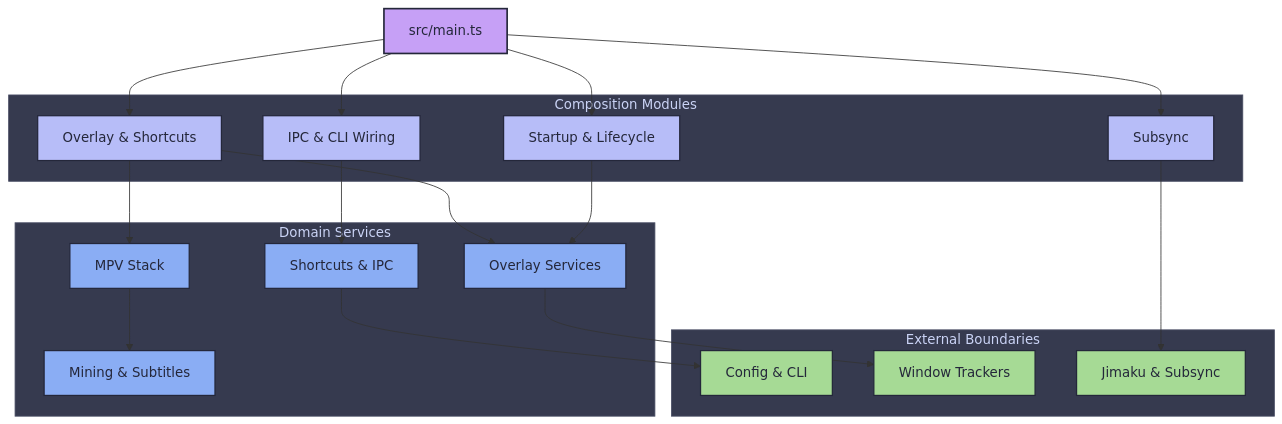
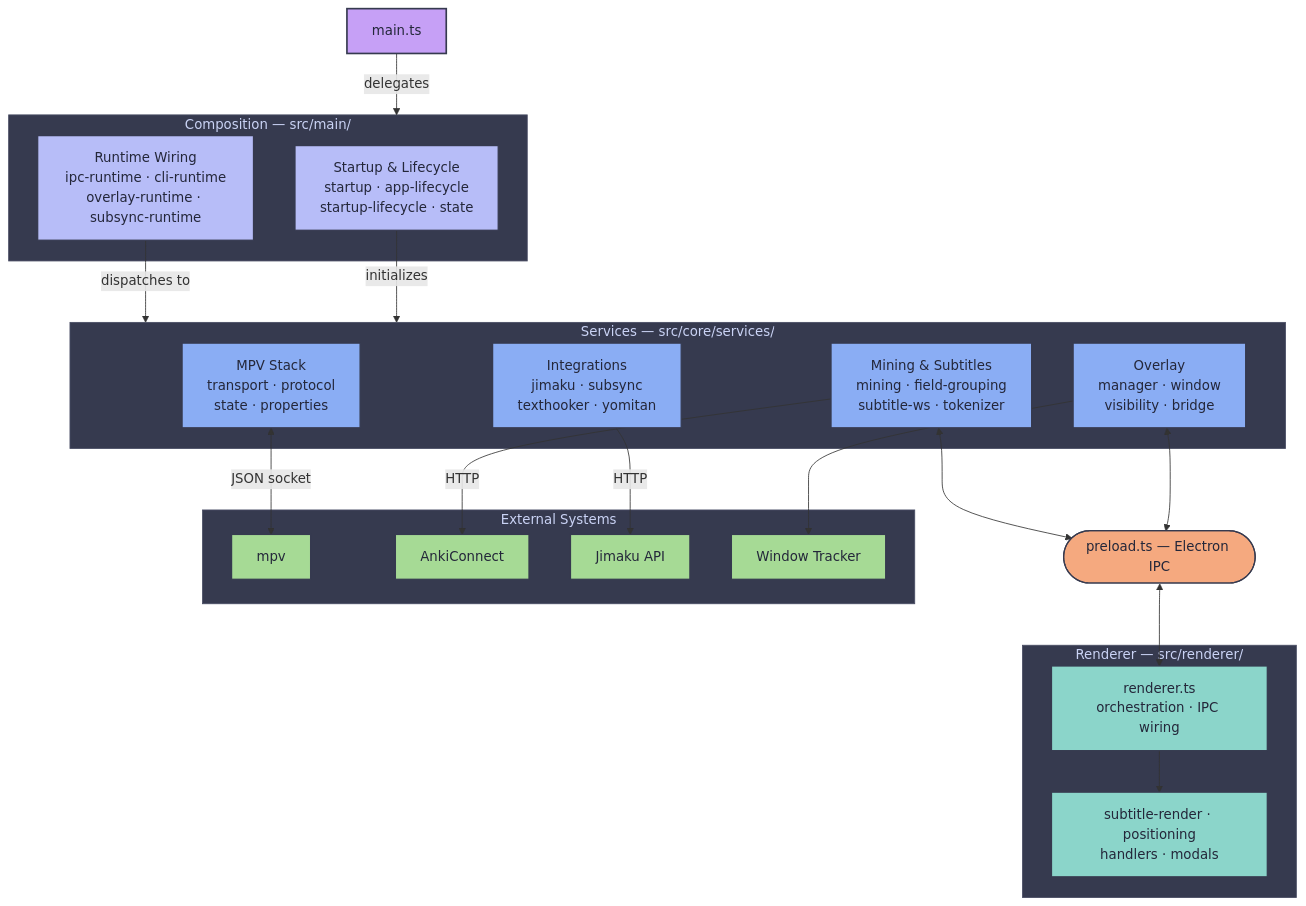
Before and after one commit to ksyasuda/SubMiner: the first of 2 diagrams in docs/architecture.md, drawn with Mermaid. The commit also changed other lines of this file and 3 other files, not shown here.

````diff
--- a/docs/architecture.md
+++ b/docs/architecture.md
@@ -87,48 +89,56 @@
 ```mermaid
 flowchart TD
-  classDef root fill:#c6a0f6,stroke:#24273a,color:#24273a,stroke-width:2px
-  classDef comp fill:#b7bdf8,stroke:#24273a,color:#24273a,stroke-width:1.5px
-  classDef svc fill:#8aadf4,stroke:#24273a,color:#24273a,stroke-width:1.5px
-  classDef ext fill:#a6da95,stroke:#24273a,color:#24273a,stroke-width:1.5px
+  classDef entry fill:#c6a0f6,stroke:#363a4f,color:#24273a,stroke-width:2px
+  classDef comp fill:#b7bdf8,stroke:#363a4f,color:#24273a,stroke-width:1.5px
+  classDef svc fill:#8aadf4,stroke:#363a4f,color:#24273a,stroke-width:1.5px
+  classDef bridge fill:#f5a97f,stroke:#363a4f,color:#24273a,stroke-width:1.5px
+  classDef rend fill:#8bd5ca,stroke:#363a4f,color:#24273a,stroke-width:1.5px
+  classDef ext fill:#a6da95,stroke:#363a4f,color:#24273a,stroke-width:1.5px
 
-  Main["src/main.ts"]:::root
+  Main["main.ts"]:::entry
 
-  subgraph Composition["Composition Modules"]
-    Startup["Startup & Lifecycle"]:::comp
-    IpcCli["IPC & CLI Wiring"]:::comp
-    Overlay["Overlay & Shortcuts"]:::comp
-    Subsync["Subsync"]:::comp
+  subgraph Comp["Composition — src/main/"]
+    Startup["Startup & Lifecycle<br/>startup · app-lifecycle<br/>startup-lifecycle · state"]:::comp
+    Wiring["Runtime Wiring<br/>ipc-runtime · cli-runtime<br/>overlay-runtime · subsync-runtime"]:::comp
   end
 
-  subgraph Services["Domain Services"]
-    OverlaySvc["Overlay Services"]:::svc
-    MpvSvc["MPV Stack"]:::svc
-    MiningSvc["Mining & Subtitles"]:::svc
-    ShortcutIpc["Shortcuts & IPC"]:::svc
+  subgraph Svc["Services — src/core/services/"]
+    Mpv["MPV Stack<br/>transport · protocol<br/>state · properties"]:::svc
+    Overlay["Overlay<br/>manager · window<br/>visibility · bridge"]:::svc
+    Mining["Mining & Subtitles<br/>mining · field-grouping<br/>subtitle-ws · tokenizer"]:::svc
+    Integrations["Integrations<br/>jimaku · subsync<br/>texthooker · yomitan"]:::svc
   end
 
-  subgraph External["External Boundaries"]
-    Config["Config & CLI"]:::ext
-    Trackers["Window Trackers"]:::ext
-    Integrations["Jimaku & Subsync"]:::ext
+  Bridge(["preload.ts — Electron IPC"]):::bridge
+
+  subgraph Rend["Renderer — src/renderer/"]
+    Orchestration["renderer.ts<br/>orchestration · IPC wiring"]:::rend
+    UI["subtitle-render · positioning<br/>handlers · modals"]:::rend
   end
 
-  Main --> Startup
-  Main --> IpcCli
-  Main --> Overlay
-  Main --> Subsync
+  subgraph Ext["External Systems"]
+    mpv["mpv"]:::ext
+    Anki["AnkiConnect"]:::ext
+    Jimaku["Jimaku API"]:::ext
+    Tracker["Window Tracker"]:::ext
+  end
 
-  Startup --> OverlaySvc
-  IpcCli --> ShortcutIpc
-  Overlay --> OverlaySvc
-  Overlay --> MpvSvc
-  Subsync --> Integrations
+  Main -->|delegates| Comp
+  Startup -->|initializes| Svc
+  Wiring -->|dispatches to| Svc
 
-  OverlaySvc --> Trackers
-  MpvSvc --> MiningSvc
-  ShortcutIpc --> Config
+  Overlay <--> Bridge
+  Mining <--> Bridge
+  Bridge <--> Orchestration
+  Orchestration --> UI
 
-  style Composition fill:#363a4f,stroke:#494d64,color:#cad3f5
-  style Services fill:#363a4f,stroke:#494d64,color:#cad3f5
-  style External fill:#363a4f,stroke:#494d64,color:#cad3f5
+  Mpv <-->|JSON socket| mpv
+  Mining -->|HTTP| Anki
+  Integrations -->|HTTP| Jimaku
+  Overlay --> Tracker
+
+  style Comp fill:#363a4f,stroke:#494d64,color:#cad3f5
+  style Svc fill:#363a4f,stroke:#494d64,color:#cad3f5
+  style Rend fill:#363a4f,stroke:#494d64,color:#cad3f5
+  style Ext fill:#363a4f,stroke:#494d64,color:#cad3f5
 ```
````
